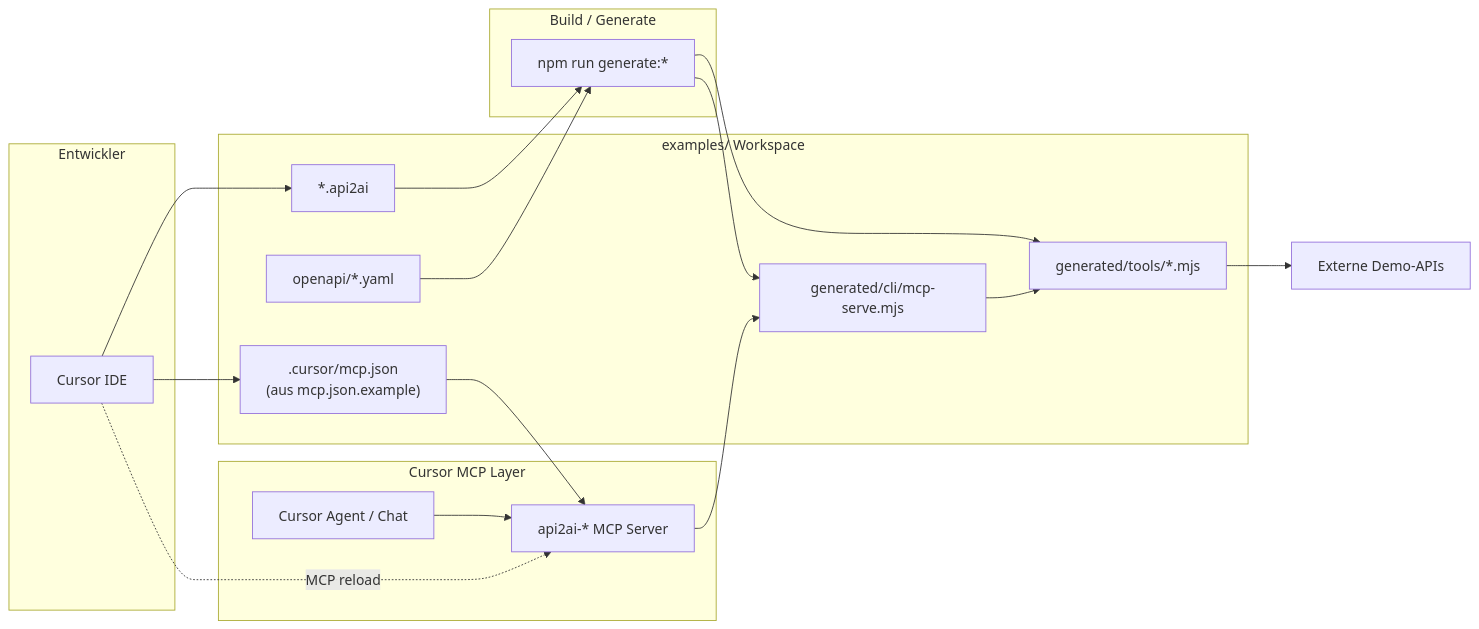
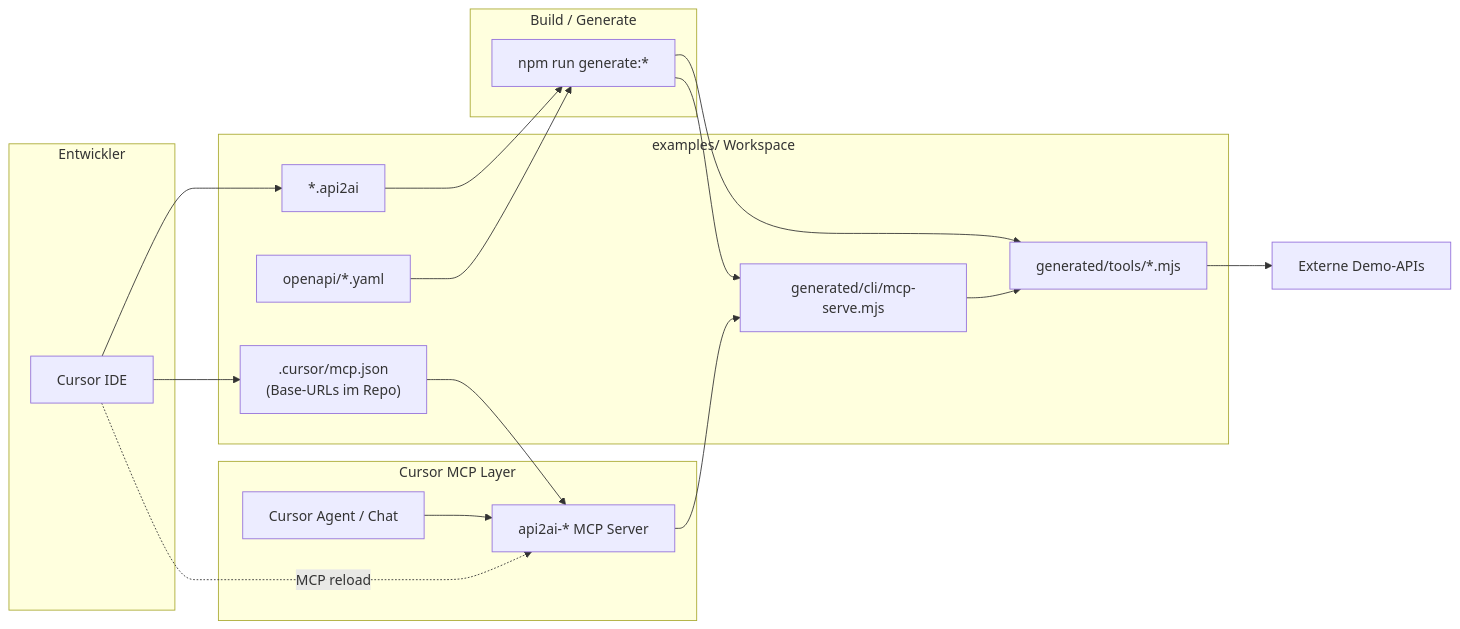
Before and after one commit to annettedorothea/api2ai: the diagram in docs/images/04-cursor-dev.mmd, drawn with Mermaid. The commit also changed 47 other files, not shown here.

First line of the commit message:
Host-runtime config: secrets via MCP host, mcp.json in repo

```diff
--- a/docs/images/04-cursor-dev.mmd
+++ b/docs/images/04-cursor-dev.mmd
@@ -1,37 +1,37 @@
 flowchart LR
   subgraph dev["Entwickler"]
     DEV["Cursor IDE"]
   end
 
   subgraph workspace["examples/ Workspace"]
     DSLF["*.api2ai"]
     OASF["openapi/*.yaml"]
-    MCPJSON[".cursor/mcp.json\n(aus mcp.json.example)"]
+    MCPJSON[".cursor/mcp.json\n(Base-URLs im Repo)"]
     GENM["generated/tools/*.mjs"]
     GENCLI["generated/cli/mcp-serve.mjs"]
   end
 
   subgraph build["Build / Generate"]
     NPM["npm run generate:*"]
     NPM --> GENM
     NPM --> GENCLI
   end
 
   DSLF --> NPM
   OASF --> NPM
 
   DEV --> DSLF
   DEV --> MCPJSON
 
   subgraph cursor_mcp["Cursor MCP Layer"]
     CUR["api2ai-* MCP Server"]
     AGENT["Cursor Agent / Chat"]
   end
 
   MCPJSON --> CUR
   CUR --> GENCLI
   GENCLI --> GENM
   AGENT --> CUR
   GENM --> EXTAPI["Externe Demo-APIs"]
 
   DEV -.->|MCP reload| CUR
```
